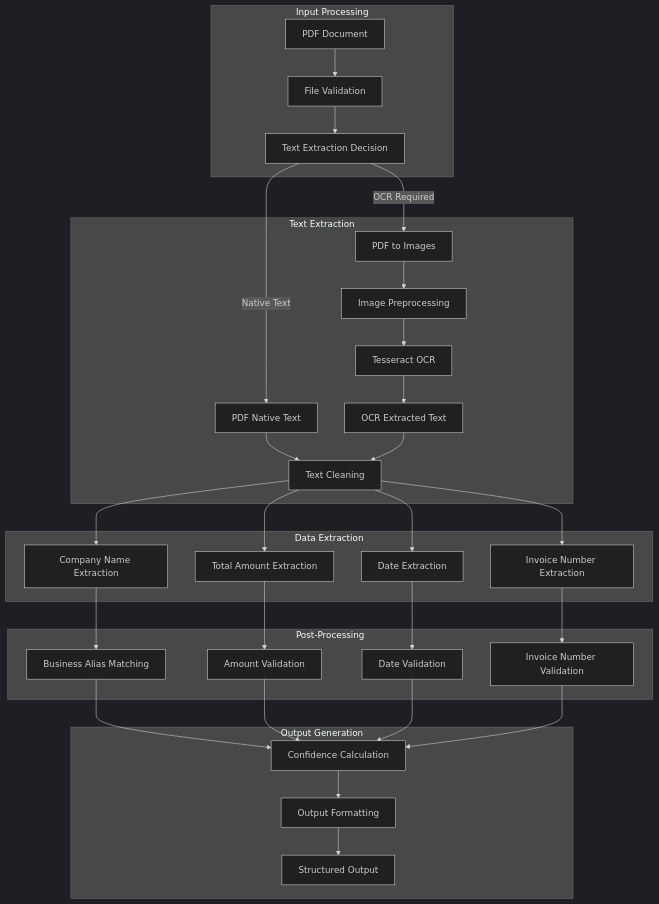
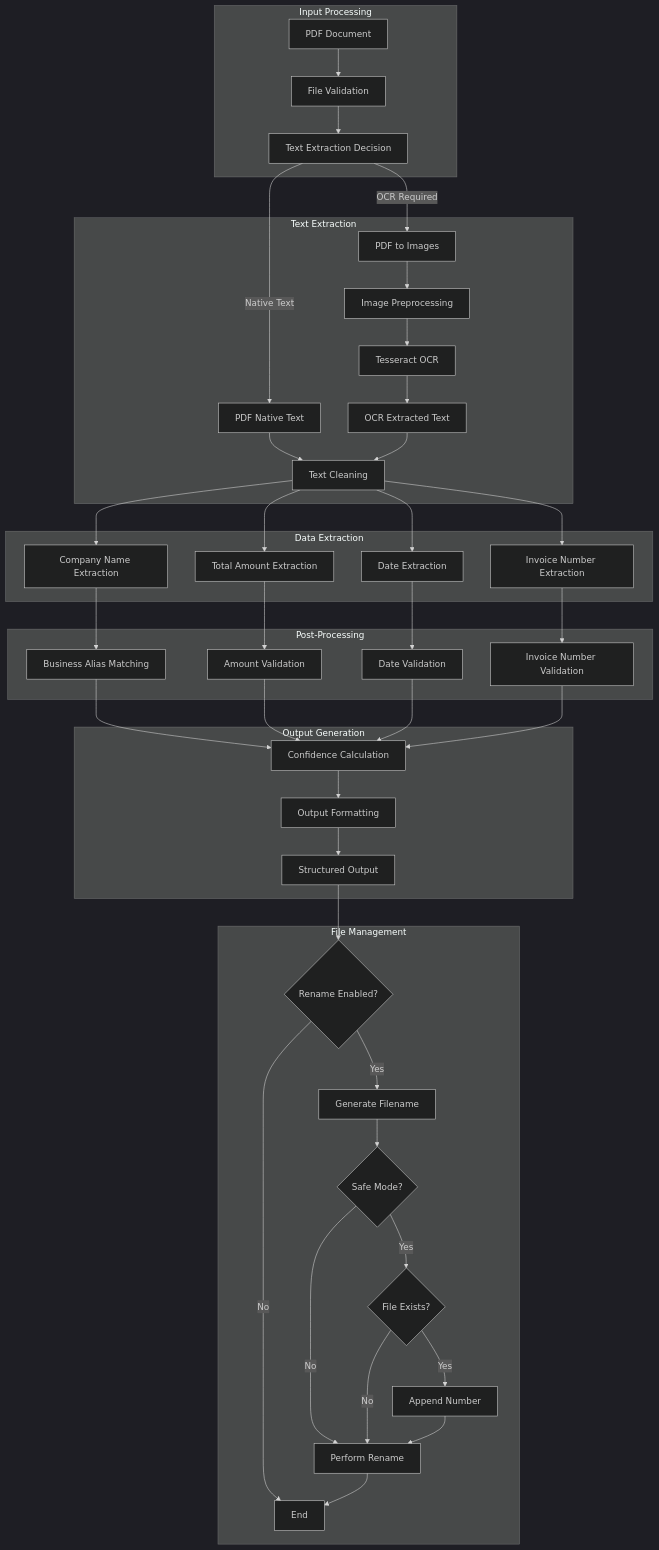
One commit to martinfou/ocrinvoice changed the second of 3 diagrams in docs/architecture/system_architecture.md. Above: the diagram before and after it, drawn with Mermaid (dark theme). The commit also changed other lines of this file and 7 other files, not shown here.

````diff
--- a/docs/architecture/system_architecture.md
+++ b/docs/architecture/system_architecture.md
@@ -183,40 +195,53 @@
 ```mermaid
 flowchart TD
     subgraph "Input Processing"
         PDF[PDF Document] --> Validate[File Validation]
         Validate --> Extract[Text Extraction Decision]
     end
 
     subgraph "Text Extraction"
         Extract -->|Native Text| Native[PDF Native Text]
         Extract -->|OCR Required| Convert[PDF to Images]
         Convert --> Preprocess[Image Preprocessing]
         Preprocess --> OCR[Tesseract OCR]
         OCR --> OCRText[OCR Extracted Text]
         Native --> CleanText[Text Cleaning]
         OCRText --> CleanText
     end
 
     subgraph "Data Extraction"
         CleanText --> CompanyExtract[Company Name Extraction]
         CleanText --> TotalExtract[Total Amount Extraction]
         CleanText --> DateExtract[Date Extraction]
         CleanText --> InvoiceExtract[Invoice Number Extraction]
     end
 
     subgraph "Post-Processing"
         CompanyExtract --> AliasMatch[Business Alias Matching]
         TotalExtract --> AmountValidate[Amount Validation]
         DateExtract --> DateValidate[Date Validation]
         InvoiceExtract --> InvoiceValidate[Invoice Number Validation]
     end
 
     subgraph "Output Generation"
         AliasMatch --> Confidence[Confidence Calculation]
         AmountValidate --> Confidence
         DateValidate --> Confidence
         InvoiceValidate --> Confidence
         Confidence --> Format[Output Formatting]
         Format --> Result[Structured Output]
     end
+
+    subgraph "File Management"
+        Result --> RenameCheck{Rename Enabled?}
+        RenameCheck -->|Yes| GenerateName[Generate Filename]
+        RenameCheck -->|No| End[End]
+        GenerateName --> SafeCheck{Safe Mode?}
+        SafeCheck -->|Yes| ConflictCheck{File Exists?}
+        SafeCheck -->|No| Rename[Perform Rename]
+        ConflictCheck -->|Yes| AppendNumber[Append Number]
+        ConflictCheck -->|No| Rename
+        AppendNumber --> Rename
+        Rename --> End
+    end
 ```
````
